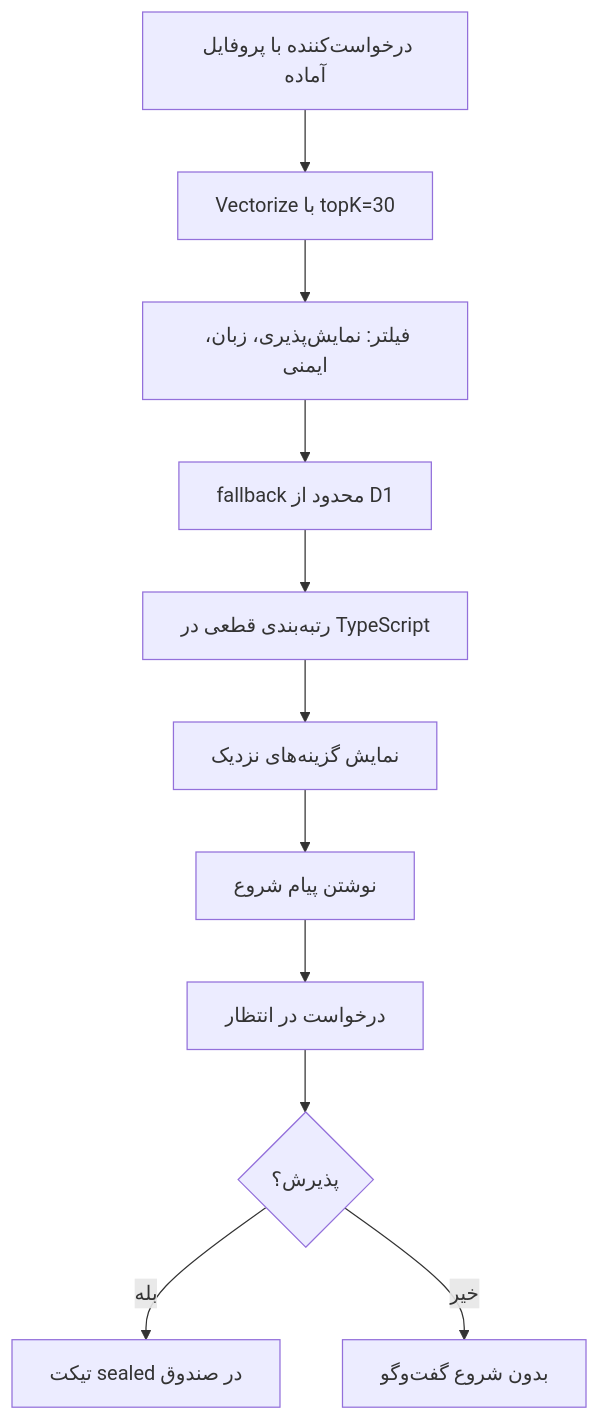
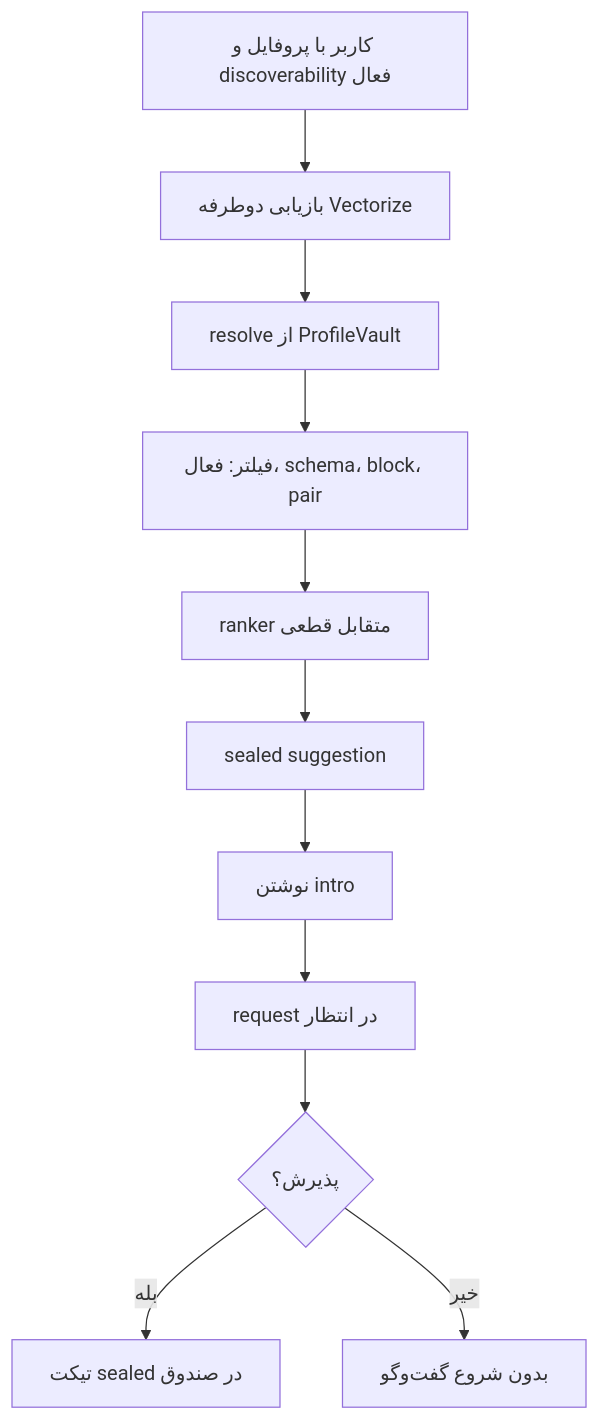
Before and after one commit to mohetios/mohetios.dev: the ninth of 10 diagrams in content/fa/lab/nekonymous-anonymous-messaging-technical-lab.md, drawn with Mermaid. The commit also changed other lines of this file and 1 other file, not shown here.

````diff
--- a/content/fa/lab/nekonymous-anonymous-messaging-technical-lab.md
+++ b/content/fa/lab/nekonymous-anonymous-messaging-technical-lab.md
@@ -511,13 +570,13 @@
 ```mermaid
 flowchart TD
-  A[درخواست‌کننده با پروفایل آماده] --> B[Vectorize با topK=30]
-  B --> C[فیلتر: نمایش‌پذیری، زبان، ایمنی]
-  C --> D[fallback محدود از D1]
-  D --> E[رتبه‌بندی قطعی در TypeScript]
-  E --> F[نمایش گزینه‌های نزدیک]
-  F --> G[نوشتن پیام شروع]
-  G --> H[درخواست در انتظار]
+  A[کاربر با پروفایل و discoverability فعال] --> B[بازیابی دوطرفه Vectorize]
+  B --> C[resolve از ProfileVault]
+  C --> D[فیلتر: فعال، schema، block، pair]
+  D --> E[ranker متقابل قطعی]
+  E --> F[sealed suggestion]
+  F --> G[نوشتن intro]
+  G --> H[request در انتظار]
   H --> I{پذیرش؟}
   I -->|بله| J[تیکت sealed در صندوق]
   I -->|خیر| K[بدون شروع گفت‌وگو]
 ```
````
